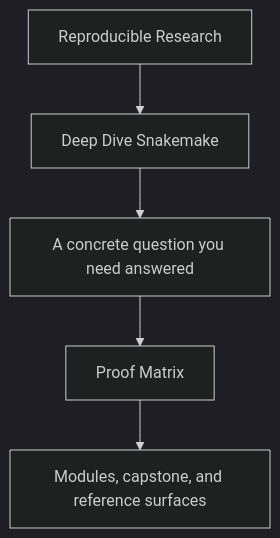
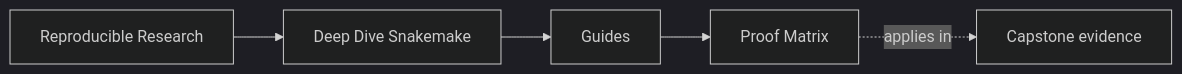
Before and after one commit to bijux/bijux-masterclass: the first of 2 diagrams in programs/reproducible-research/deep-dive-snakemake/course-book/guides/proof-matrix.md, drawn with Mermaid (dark theme). The commit also changed other lines of this file and 149 other files, not shown here.

Commit message:
docs(deep-dive-snakemake): map workflow proof and operations surfaces

````diff
--- a/programs/reproducible-research/deep-dive-snakemake/course-book/guides/proof-matrix.md
+++ b/programs/reproducible-research/deep-dive-snakemake/course-book/guides/proof-matrix.md
@@ -7,7 +7,11 @@
 ```mermaid
-flowchart TD
-  family["Reproducible Research"] --> program["Deep Dive Snakemake"]
-  program --> pressure["A concrete question you need answered"]
-  pressure --> guide["Proof Matrix"]
-  guide --> next["Modules, capstone, and reference surfaces"]
+graph LR
+  family["Reproducible Research"]
+  program["Deep Dive Snakemake"]
+  section["Guides"]
+  page["Proof Matrix"]
+  capstone["Capstone evidence"]
+
+  family --> program --> section --> page
+  page -.applies in.-> capstone
 ```
````
